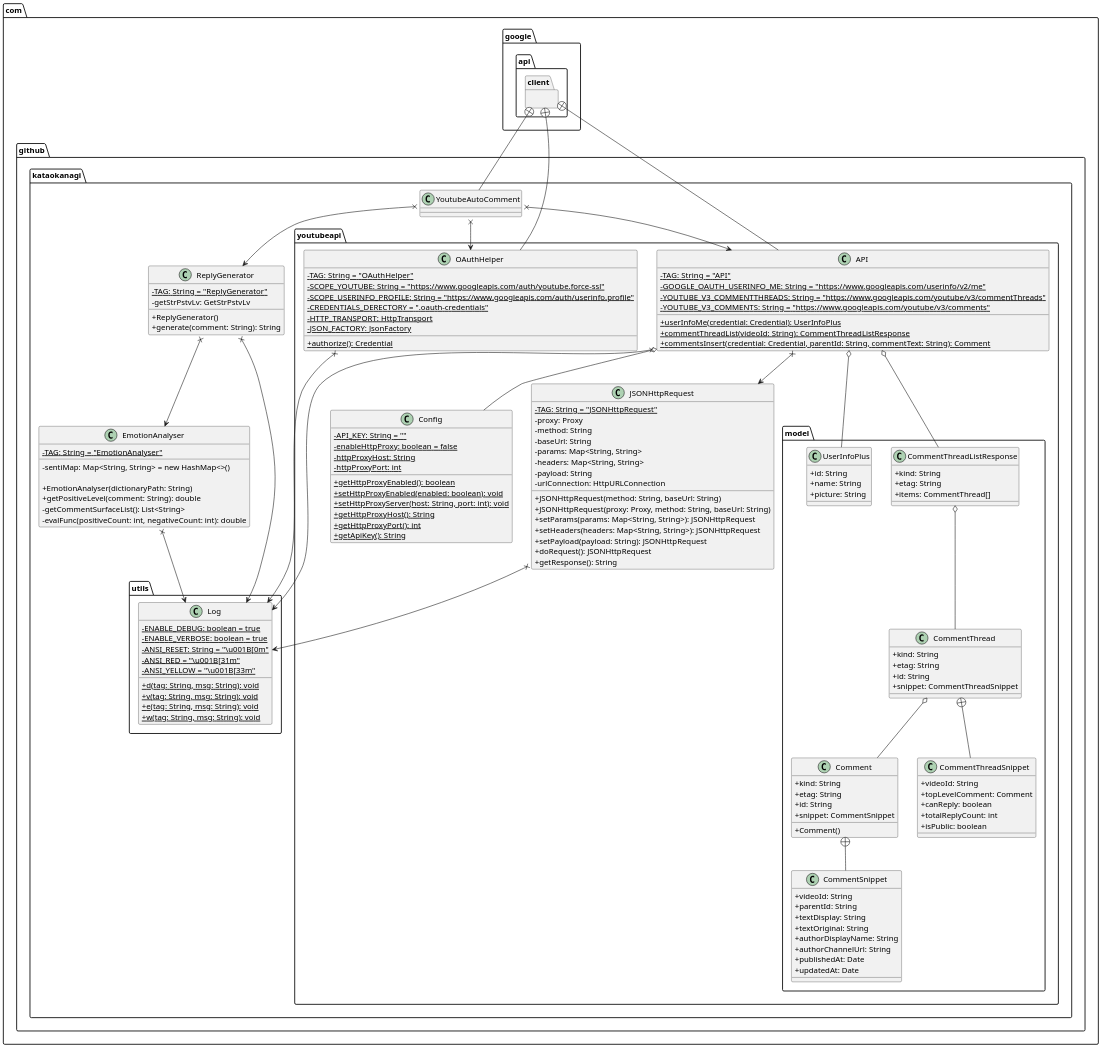
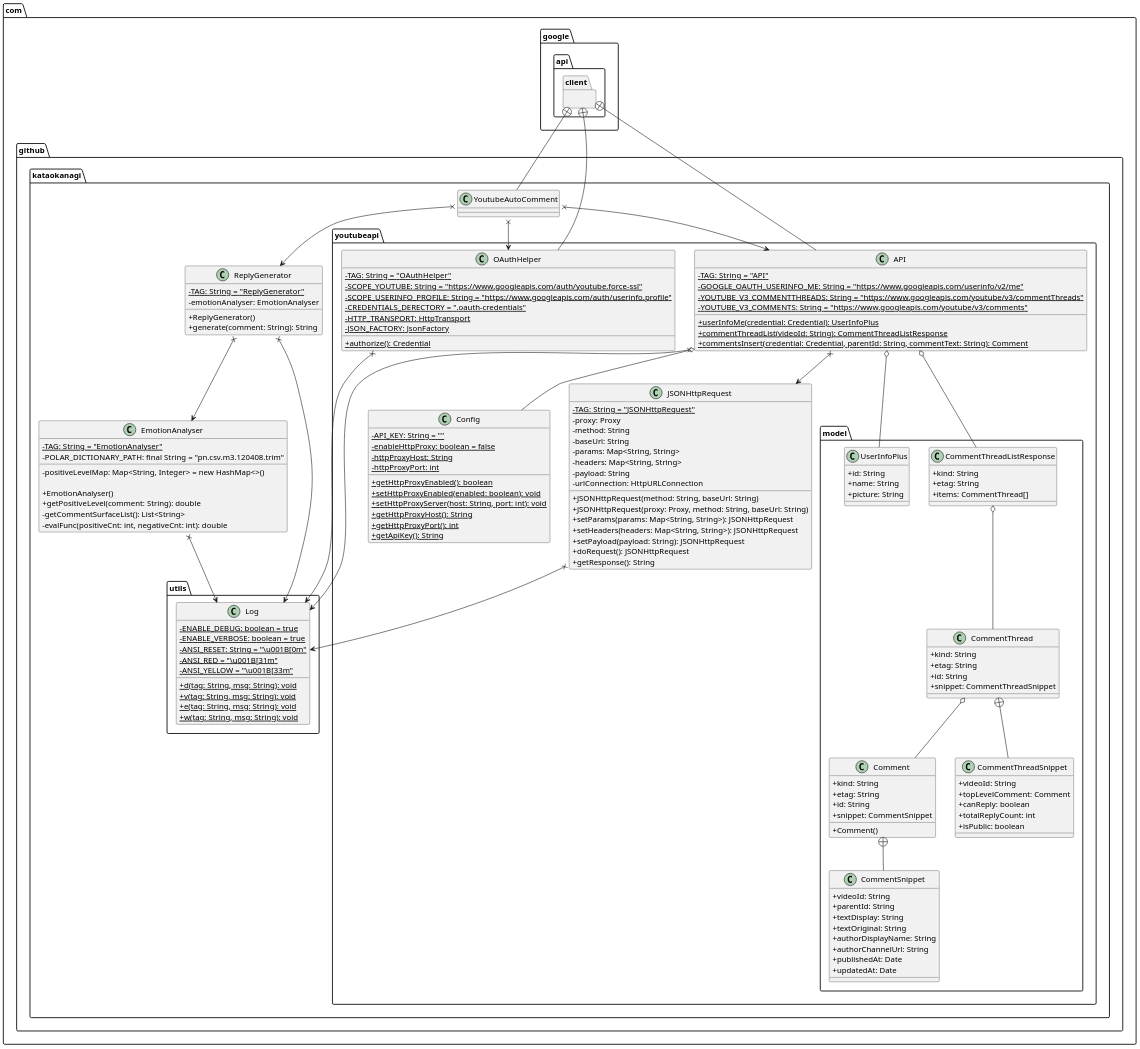
The diagram in uml/YoutubeAutoComment_ClassDiagram.pu (KataokaNagi/YoutubeAutoComment), drawn with PlantUML before and after one commit. The commit also changed 1 other file, not shown here.

Commit message:
UMLs: Reflect my edit (analyser and analyser)

```diff
--- a/uml/YoutubeAutoComment_ClassDiagram.pu
+++ b/uml/YoutubeAutoComment_ClassDiagram.pu
@@ -11,196 +11,197 @@
 @startuml out/ClassDiagram.png
 scale 1.5
 skinparam DefaultFontName メイリオ
 ' 可視性の変更
 skinparam classAttributeIconSize 0
 
 ' class def
 ' @see https://qiita.com/KeithYokoma/items/ee21fec6a3ebb5d1e9a8
 
 package com.github.kataokanagi {
   package com.github.kataokanagi.utils {
   }
   package com.github.kataokanagi.youtubeapi {
     package com.github.kataokanagi.youtubeapi.model {
     }
   }
 }
 
 package com.google.api.client {
 }
 
 package com.github.kataokanagi.utils {
     class Log {
         - {static} ENABLE_DEBUG: boolean = true
         - {static} ENABLE_VERBOSE: boolean = true
         - {static} ANSI_RESET: String = "\u001B[0m"
         - {static} ANSI_RED = "\u001B[31m"
         - {static} ANSI_YELLOW = "\u001B[33m"
 
         + {static} d(tag: String, msg: String): void
         + {static} v(tag: String, msg: String): void
         + {static} e(tag: String, msg: String): void
         + {static} w(tag: String, msg: String): void
     }
 }
 
 package com.github.kataokanagi.youtubeapi.model {
     class Comment {
         + kind: String
         + etag: String
         + id: String
         + snippet: CommentSnippet
 
         + Comment()
     }
 
     class CommentSnippet {
         + videoId: String
         + parentId: String
         + textDisplay: String
         + textOriginal: String
         + authorDisplayName: String
         + authorChannelUrl: String
         + publishedAt: Date
         + updatedAt: Date
     }
 
     Comment +-- CommentSnippet
 
     class CommentThread {
         + kind: String
         + etag: String
         + id: String
         + snippet: CommentThreadSnippet
     }
 
     class CommentThreadSnippet {
         + videoId: String
         + topLevelComment: Comment
         + canReply: boolean
         + totalReplyCount: int
         + isPublic: boolean
     }
 
     CommentThread +-- CommentThreadSnippet
 
     class CommentThreadListResponse {
         + kind: String
         + etag: String
         + items: CommentThread[]
     }
 
     CommentThreadListResponse o-- CommentThread
     CommentThread o-- Comment
 
     class UserInfoPlus {
         + id: String
         + name: String
         + picture: String
     }
 }
 
 package com.github.kataokanagi.youtubeapi {
     class API {
         - {static} TAG: String = "API"
         - {static} GOOGLE_OAUTH_USERINFO_ME: String = "https://www.googleapis.com/userinfo/v2/me"
         - {static} YOUTUBE_V3_COMMENTTHREADS: String = "https://www.googleapis.com/youtube/v3/commentThreads"
         - {static} YOUTUBE_V3_COMMENTS: String = "https://www.googleapis.com/youtube/v3/comments"
 
         + {static} userInfoMe(credential: Credential): UserInfoPlus
         + {static} commentThreadList(videoId: String): CommentThreadListResponse
         + {static} commentsInsert(credential: Credential, parentId: String, commentText: String): Comment
         ' + {static} replyComment(videoId: String, comment: String): void ' 仮に追加していたもの（片岡）
     }
 
     class Config {
         - {static} API_KEY: String = ""
         - {static} enableHttpProxy: boolean = false
         - {static} httpProxyHost: String
         - {static} httpProxyPort: int
 
         + {static} getHttpProxyEnabled(): boolean
         + {static} setHttpProxyEnabled(enabled: boolean): void
         + {static} setHttpProxyServer(host: String, port: int): void
         + {static} getHttpProxyHost(): String
         + {static} getHttpProxyPort(): int
         + {static} getApiKey(): String
     }
 
     class JSONHttpRequest {
         - {static} TAG: String = "JSONHttpRequest"
         - proxy: Proxy
         - method: String
         - baseUrl: String
         - params: Map<String, String>
         - headers: Map<String, String>
         - payload: String
         - urlConnection: HttpURLConnection
 
         + JSONHttpRequest(method: String, baseUrl: String)
         + JSONHttpRequest(proxy: Proxy, method: String, baseUrl: String)
         + setParams(params: Map<String, String>): JSONHttpRequest
         + setHeaders(headers: Map<String, String>): JSONHttpRequest
         + setPayload(payload: String): JSONHttpRequest
         + doRequest(): JSONHttpRequest
         + getResponse(): String
     }
 
   class OAuthHelper {
     - {static} TAG: String = "OAuthHelper"
     - {static} SCOPE_YOUTUBE: String = "https://www.googleapis.com/auth/youtube.force-ssl"
     - {static} SCOPE_USERINFO_PROFILE: String = "https://www.googleapis.com/auth/userinfo.profile"
     - {static} CREDENTIALS_DERECTORY = ".oauth-credentials"
     - {static} HTTP_TRANSPORT: HttpTransport
     - {static} JSON_FACTORY: JsonFactory
 
     + {static} authorize(): Credential
   }
 }
 
 package com.github.kataokanagi {
     class YoutubeAutoComment {
     }
 
     class EmotionAnalyser {
         - {static} TAG: String = "EmotionAnalyser"
-        - sentiMap: Map<String, String> = new HashMap<>()
+        - POLAR_DICTIONARY_PATH: final String = "pn.csv.m3.120408.trim"
+        - positiveLevelMap: Map<String, Integer> = new HashMap<>()
 
-        + EmotionAnalyser(dictionaryPath: String)
+        + EmotionAnalyser()
         + getPositiveLevel(comment: String): double
         - getCommentSurfaceList(): List<String>
-        - evalFunc(positiveCount: int, negativeCount: int): double
+        - evalFunc(positiveCnt: int, negativeCnt: int): double
     }
 
     class ReplyGenerator {
         - {static} TAG: String = "ReplyGenerator"
-        - getStrPstvLv: GetStrPstvLv
+        - emotionAnalyser: EmotionAnalyser
 
         + ReplyGenerator()
         + generate(comment: String): String
     }
 }
 
 
 ' API o-- Log
 EmotionAnalyser x--> Log
 ReplyGenerator x--> Log
 JSONHttpRequest x--> Log
 OAuthHelper x--> Log
 API x--> Log
 
 API o-- CommentThreadListResponse
 API o-- UserInfoPlus
 API o-- Config
 API x--> JSONHttpRequest
 
 YoutubeAutoComment x--> OAuthHelper
 YoutubeAutoComment x--> API
 YoutubeAutoComment x--> ReplyGenerator
 ReplyGenerator x--> EmotionAnalyser
 
 com.google.api.client +-- API
 com.google.api.client +-- YoutubeAutoComment
 com.google.api.client +-- OAuthHelper
 
 @enduml
```
